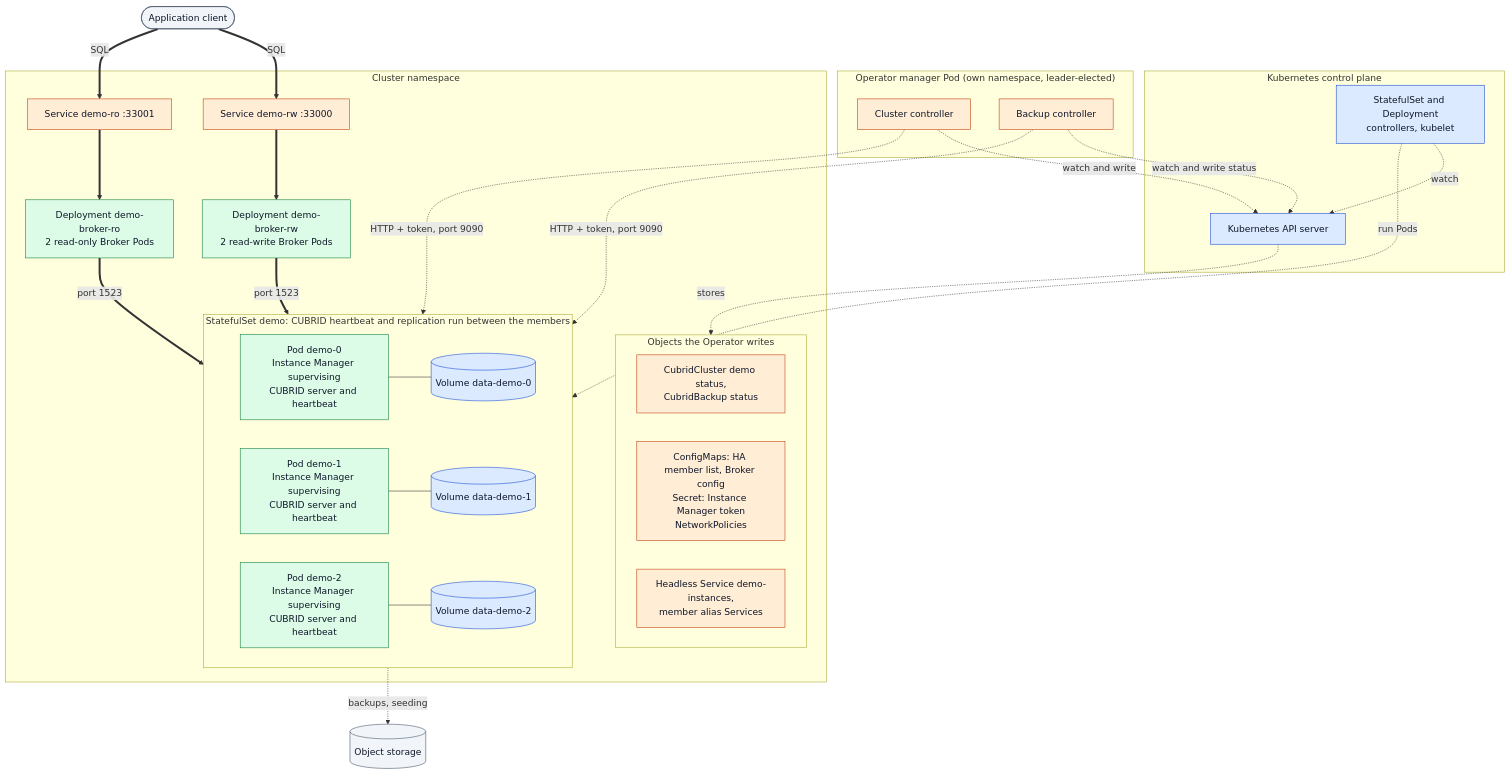
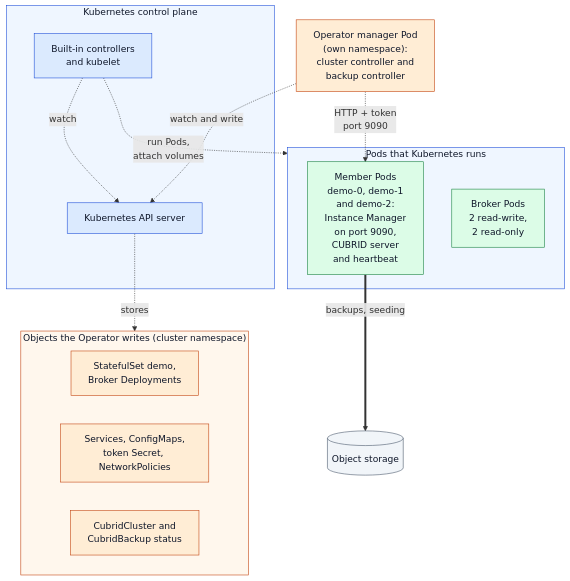
The first of 2 diagrams in docs/architecture/topology.md (cubrid-lab/cubrid-kubernetes-operator), drawn with Mermaid before and after one commit. The commit also changed other lines of this file and 4 other files, not shown here.

First line of the commit message:
docs(architecture): make the diagrams readable on GitHub and cite code by symbol (#653)

````diff
--- a/docs/architecture/topology.md
+++ b/docs/architecture/topology.md
@@ -19,61 +25,38 @@
 ```mermaid
 flowchart TB
-    client(["Application client"]):::ext
+    mgr["Operator manager Pod<br/>(own namespace):<br/>cluster controller and<br/>backup controller"]:::op
 
     subgraph cp["Kubernetes control plane"]
         api["Kubernetes API server"]:::k8s
-        builtin["StatefulSet and Deployment<br/>controllers, kubelet"]:::k8s
+        builtin["Built-in controllers<br/>and kubelet"]:::k8s
     end
 
-    subgraph mgr["Operator manager Pod (own namespace, leader-elected)"]
-        cc["Cluster controller"]:::op
-        bc["Backup controller"]:::op
+    subgraph objs["Objects the Operator writes (cluster namespace)"]
+        wl["StatefulSet demo,<br/>Broker Deployments"]:::op
+        cfg["Services, ConfigMaps,<br/>token Secret, NetworkPolicies"]:::op
+        crs["CubridCluster and<br/>CubridBackup status"]:::op
     end
 
-    subgraph appns["Cluster namespace"]
-        subgraph objs["Objects the Operator writes"]
-            crs["CubridCluster demo status,<br/>CubridBackup status"]:::op
-            cfg["ConfigMaps: HA member list, Broker config<br/>Secret: Instance Manager token<br/>NetworkPolicies"]:::op
-            dns["Headless Service demo-instances,<br/>member alias Services"]:::op
-        end
-        rw["Service demo-rw :33000"]:::op
-        ro["Service demo-ro :33001"]:::op
-        brw["Deployment demo-broker-rw<br/>2 read-write Broker Pods"]:::cubrid
-        bro["Deployment demo-broker-ro<br/>2 read-only Broker Pods"]:::cubrid
-        subgraph sts["StatefulSet demo: CUBRID heartbeat and replication run between the members"]
-            direction LR
-            m0["Pod demo-0<br/>Instance Manager supervising<br/>CUBRID server and heartbeat"]:::cubrid
-            m1["Pod demo-1<br/>Instance Manager supervising<br/>CUBRID server and heartbeat"]:::cubrid
-            m2["Pod demo-2<br/>Instance Manager supervising<br/>CUBRID server and heartbeat"]:::cubrid
-            v0[("Volume data-demo-0")]:::k8s
-            v1[("Volume data-demo-1")]:::k8s
-            v2[("Volume data-demo-2")]:::k8s
-        end
+    subgraph run["Pods that Kubernetes runs"]
+        members["Member Pods<br/>demo-0, demo-1<br/>and demo-2:<br/>Instance Manager<br/>on port 9090,<br/>CUBRID server<br/>and heartbeat"]:::cubrid
+        brokers["Broker Pods<br/>2 read-write,<br/>2 read-only"]:::cubrid
     end
 
     objstore[("Object storage")]:::ext
 
-    cc -. "watch and write" .-> api
-    bc -. "watch and write status" .-> api
+    mgr -. "watch and write" .-> api
+    builtin -. "watch" .-> api
     api -. "stores" .-> objs
-    builtin -. "watch" .-> api
-    builtin -. "run Pods" .-> sts
-    cc -. "HTTP + token, port 9090" .-> sts
-    bc -. "HTTP + token, port 9090" .-> sts
-
-    client == "SQL" ==> rw
-    client == "SQL" ==> ro
-    rw ==> brw
-    ro ==> bro
-    brw == "port 1523" ==> sts
-    bro == "port 1523" ==> sts
-    m0 --- v0
-    m1 --- v1
-    m2 --- v2
-    sts -. "backups, seeding" .-> objstore
+    builtin -. "run Pods,<br/>attach volumes" .-> run
+    mgr -. "HTTP + token<br/>port 9090" .-> members
+    members == "backups, seeding" ==> objstore
 
     classDef k8s fill:#dbeafe,stroke:#1d4ed8,color:#0f172a
     classDef op fill:#ffedd5,stroke:#c2410c,color:#0f172a
     classDef cubrid fill:#dcfce7,stroke:#15803d,color:#0f172a
     classDef ext fill:#f1f5f9,stroke:#475569,color:#0f172a
+
+    style objs fill:#fff7ed,stroke:#c2410c,color:#0f172a
+    style cp fill:#eff6ff,stroke:#1d4ed8,color:#0f172a
+    style run fill:#eff6ff,stroke:#1d4ed8,color:#0f172a
 ```
````
